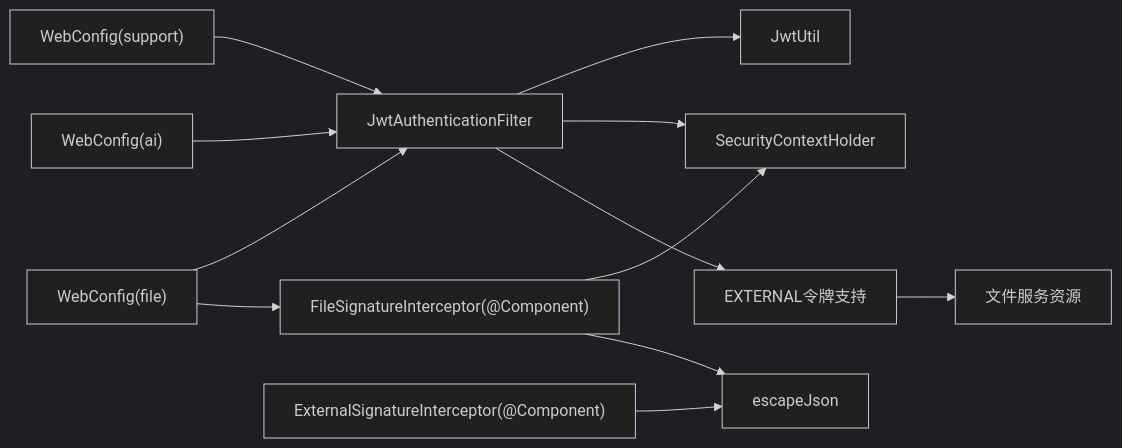
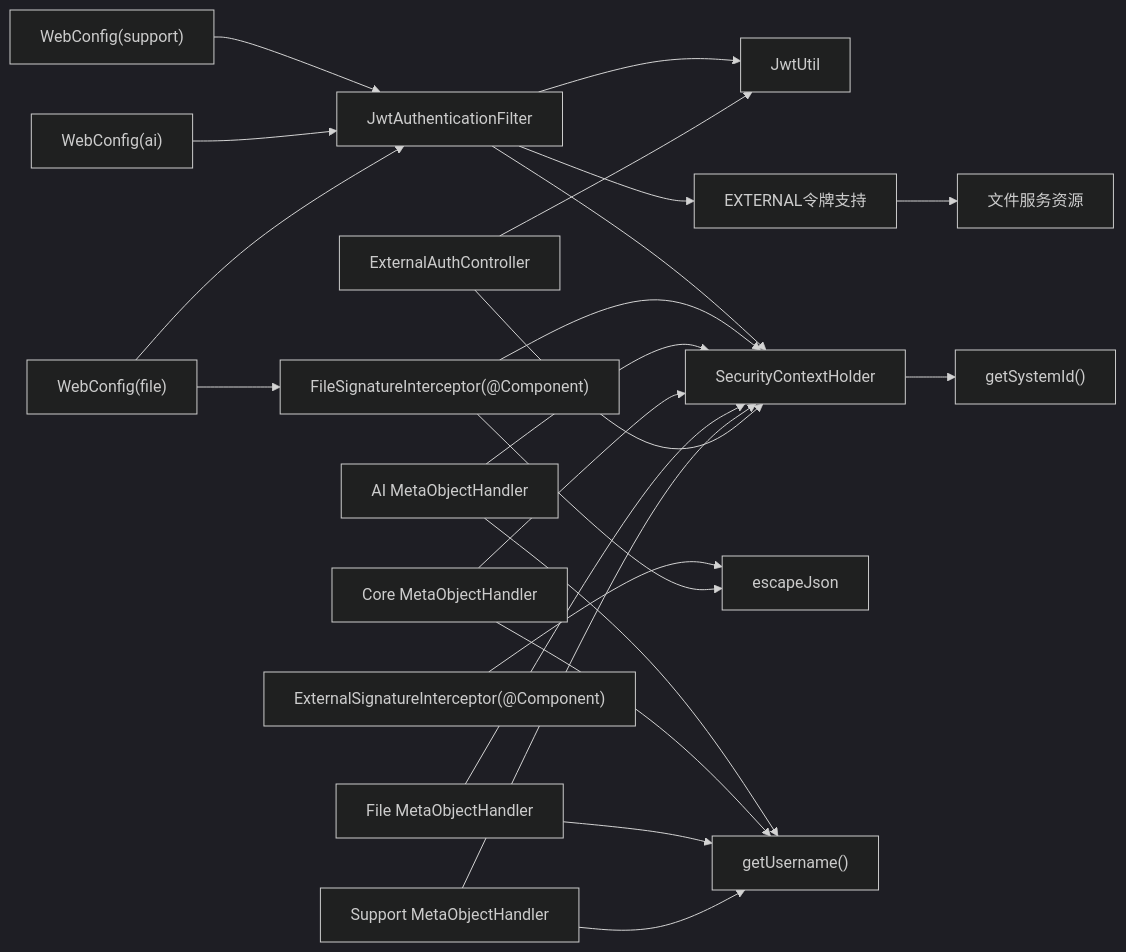
One commit to DrunkFood/First changed diagram 15 of 15 in .qoder/repowiki/zh/content/后端服务/公共模块 (ele-ai-tender-common)/安全认证与授权.md. Above: the diagram before and after it, drawn with Mermaid (dark theme). The commit also changed other lines of this file and 93 other files, not shown here.

````diff
--- a/.qoder/repowiki/zh/content/后端服务/公共模块 (ele-ai-tender-common)/安全认证与授权.md
+++ b/.qoder/repowiki/zh/content/后端服务/公共模块 (ele-ai-tender-common)/安全认证与授权.md
@@ -578,14 +745,25 @@
 ```mermaid
 graph LR
 WF["WebConfig(support)"] --> JF["JwtAuthenticationFilter"]
 WA["WebConfig(ai)"] --> JF
 Wf["WebConfig(file)"] --> JF
 Wf --> FSIG["FileSignatureInterceptor(@Component)"]
 JF --> JU["JwtUtil"]
 JF --> SH["SecurityContextHolder"]
 JF --> EXT["EXTERNAL令牌支持"]
 FSIG --> SH
 ESIG["ExternalSignatureInterceptor(@Component)"] --> ESC["escapeJson"]
 FSIG --> ESC
 EXT --> FileRes["文件服务资源"]
+AIHandler["AI MetaObjectHandler"] --> SH
+CoreHandler["Core MetaObjectHandler"] --> SH
+FileHandler["File MetaObjectHandler"] --> SH
+SupportHandler["Support MetaObjectHandler"] --> SH
+AIHandler --> Username["getUsername()"]
+CoreHandler --> Username
+FileHandler --> Username
+SupportHandler --> Username
+EAC["ExternalAuthController"] --> JU
+EAC --> SH
+SH --> SystemId["getSystemId()"]
 ```
````
